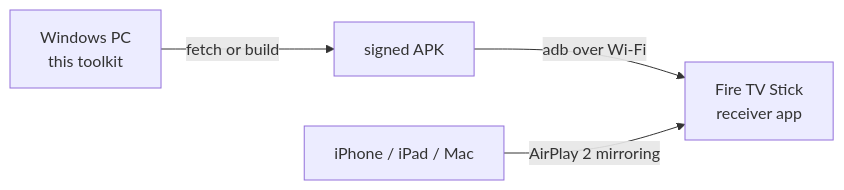
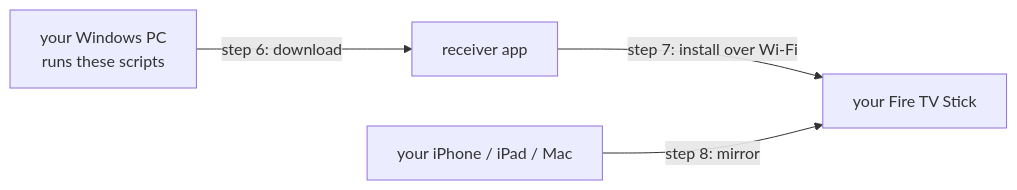
The diagram in README.md (MrkrampfKampf/firetv-airplay-toolkit), drawn with Mermaid before and after one commit. The commit also changed other lines of this file and 5 other files, not shown here.

````diff
--- a/README.md
+++ b/README.md
@@ -23,11 +23,11 @@
 ```mermaid
 flowchart LR
-    PC["Windows PC<br/>this toolkit"]
-    APK["signed APK"]
-    Stick["Fire TV Stick<br/>receiver app"]
-    Apple["iPhone / iPad / Mac"]
+    PC["your Windows PC<br/>runs these scripts"]
+    APK["receiver app"]
+    Stick["your Fire TV Stick"]
+    Apple["your iPhone / iPad / Mac"]
 
-    PC -->|"fetch or build"| APK
-    APK -->|"adb over Wi-Fi"| Stick
-    Apple -->|"AirPlay 2 mirroring"| Stick
+    PC -->|"step 6: download"| APK
+    APK -->|"step 7: install over Wi-Fi"| Stick
+    Apple -->|"step 8: mirror"| Stick
 ```
````
